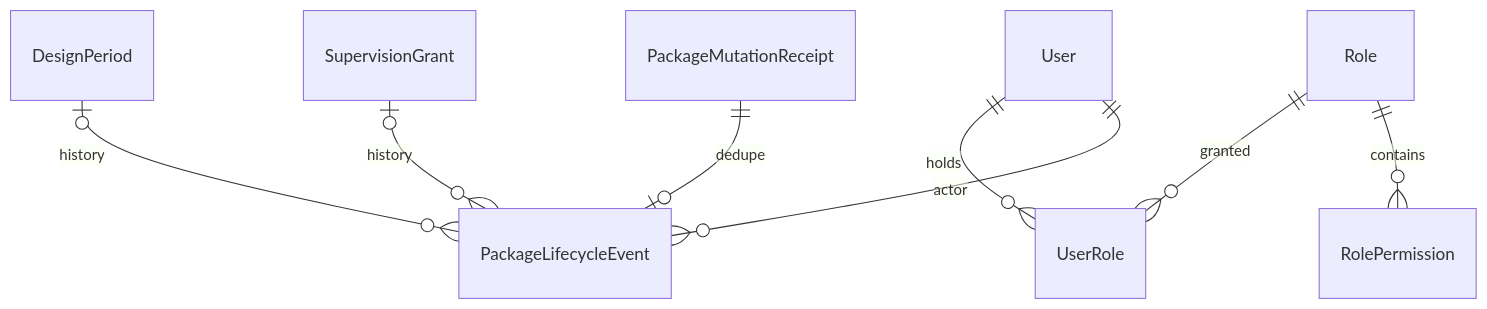
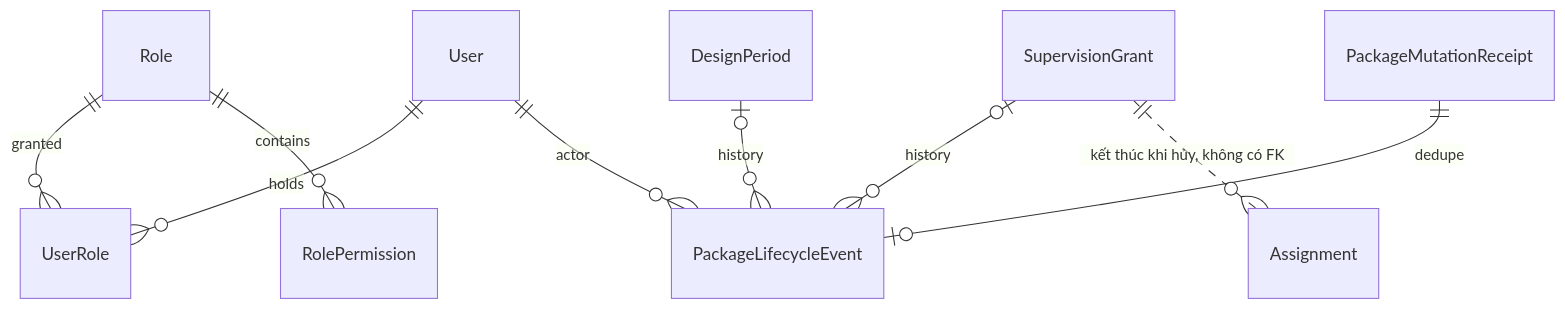
The fifth of 5 diagrams in tdd/TDD-SUB-005.md (TaskCoper/bmt-documentation), drawn with Mermaid before and after one commit. The commit also changed other lines of this file and 190 other files, not shown here.

````diff
--- a/tdd/TDD-SUB-005.md
+++ b/tdd/TDD-SUB-005.md
@@ -244,10 +308,11 @@
 ```mermaid
 erDiagram
     User ||--o{ UserRole : holds
     Role ||--o{ UserRole : granted
     Role ||--o{ RolePermission : contains
     DesignPeriod o|--o{ PackageLifecycleEvent : history
     SupervisionGrant o|--o{ PackageLifecycleEvent : history
     User ||--o{ PackageLifecycleEvent : actor
     PackageMutationReceipt ||--o| PackageLifecycleEvent : dedupe
+    SupervisionGrant ||..o{ Assignment : "kết thúc khi hủy, không có FK"
 ```
````
